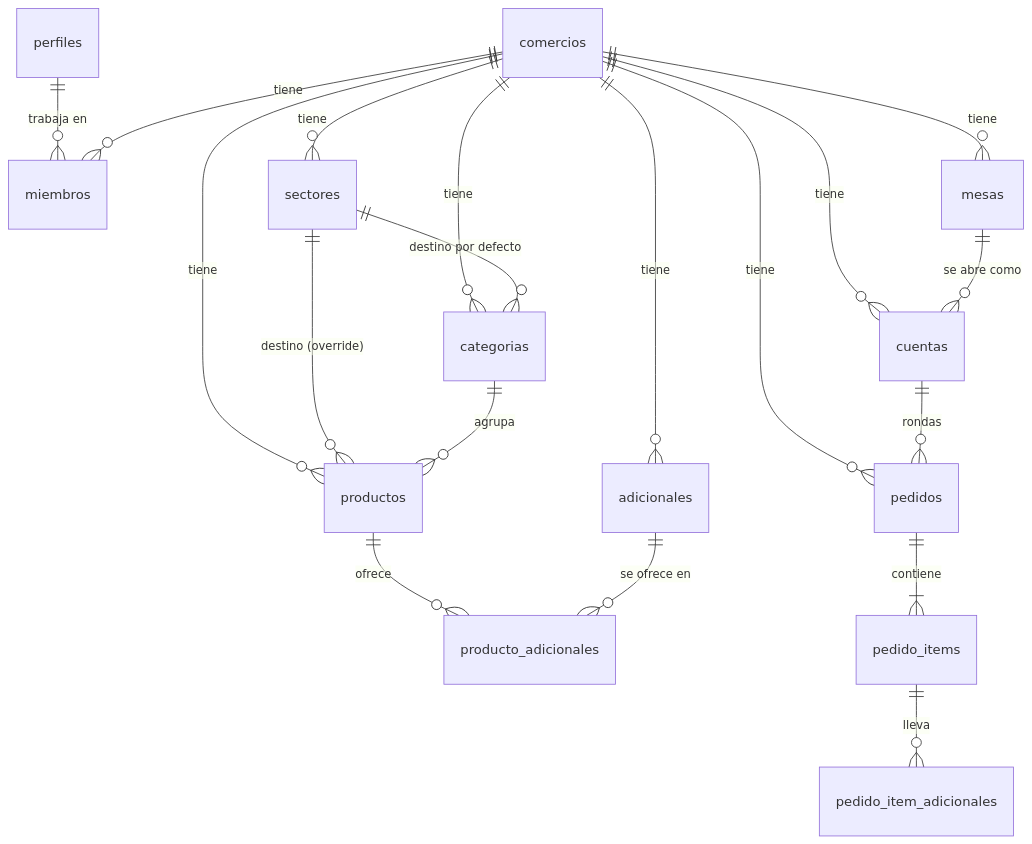
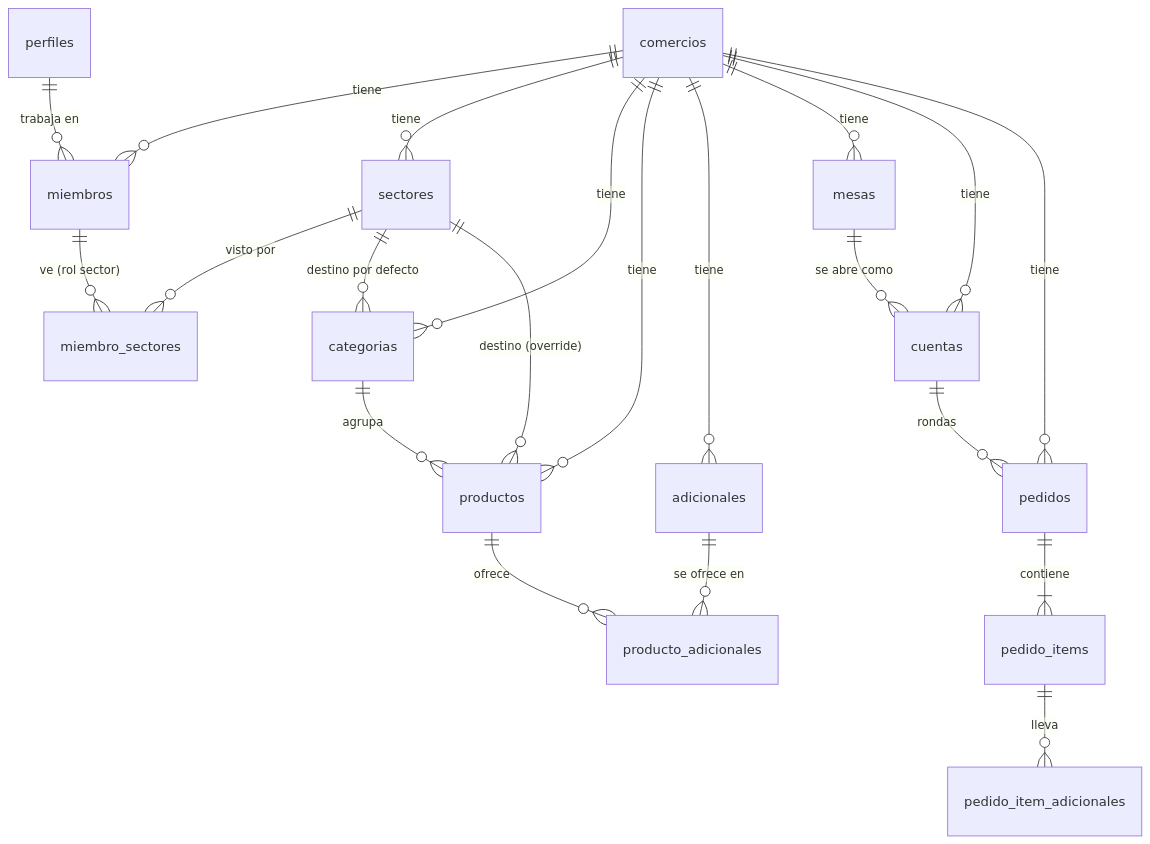
The first of 2 diagrams in docs/SCHEMA.md (sassgastronomic/sassgastronomico), drawn with Mermaid before and after one commit. The commit also changed other lines of this file and 46 other files, not shown here.

````diff
--- a/docs/SCHEMA.md
+++ b/docs/SCHEMA.md
@@ -62,21 +63,23 @@
 ```mermaid
 erDiagram
   perfiles ||--o{ miembros : "trabaja en"
   comercios ||--o{ miembros : tiene
   comercios ||--o{ sectores : tiene
+  miembros ||--o{ miembro_sectores : "ve (rol sector)"
+  sectores ||--o{ miembro_sectores : "visto por"
   comercios ||--o{ categorias : tiene
   comercios ||--o{ productos : tiene
   comercios ||--o{ adicionales : tiene
   comercios ||--o{ mesas : tiene
   comercios ||--o{ cuentas : tiene
   comercios ||--o{ pedidos : tiene
   sectores ||--o{ categorias : "destino por defecto"
   sectores ||--o{ productos : "destino (override)"
   categorias ||--o{ productos : agrupa
   productos ||--o{ producto_adicionales : ofrece
   adicionales ||--o{ producto_adicionales : "se ofrece en"
   mesas ||--o{ cuentas : "se abre como"
   cuentas ||--o{ pedidos : "rondas"
   pedidos ||--|{ pedido_items : contiene
   pedido_items ||--o{ pedido_item_adicionales : lleva
 ```
````
